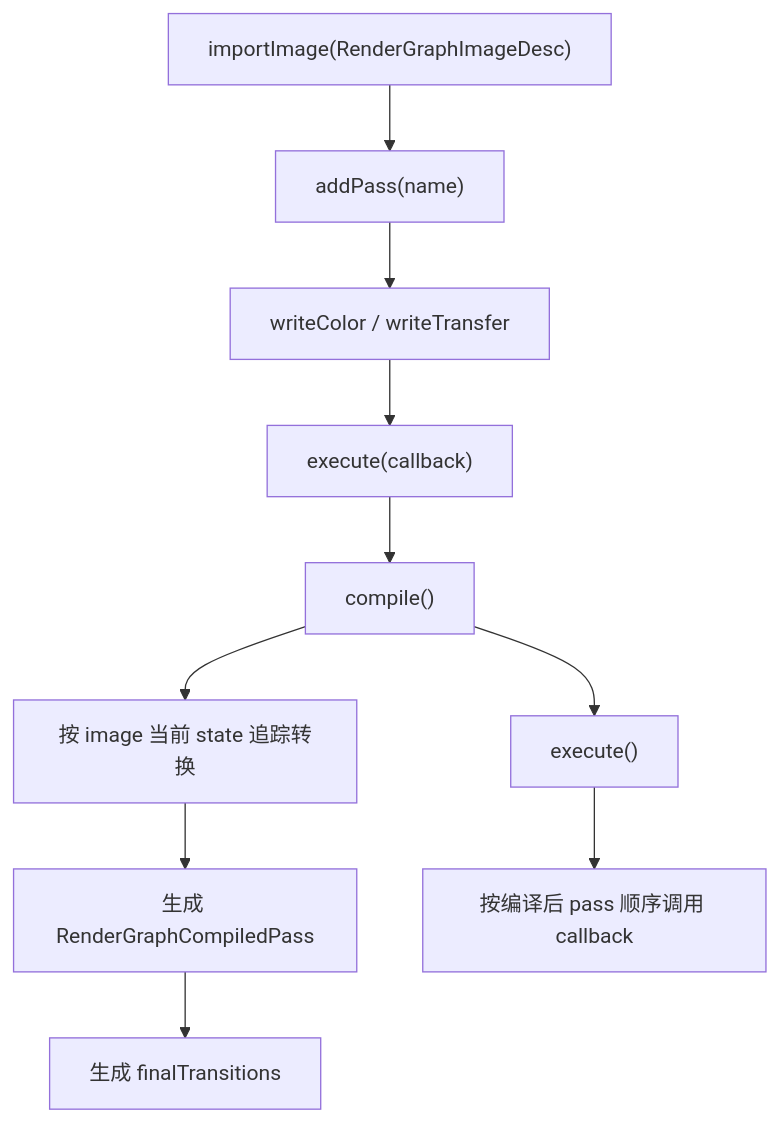
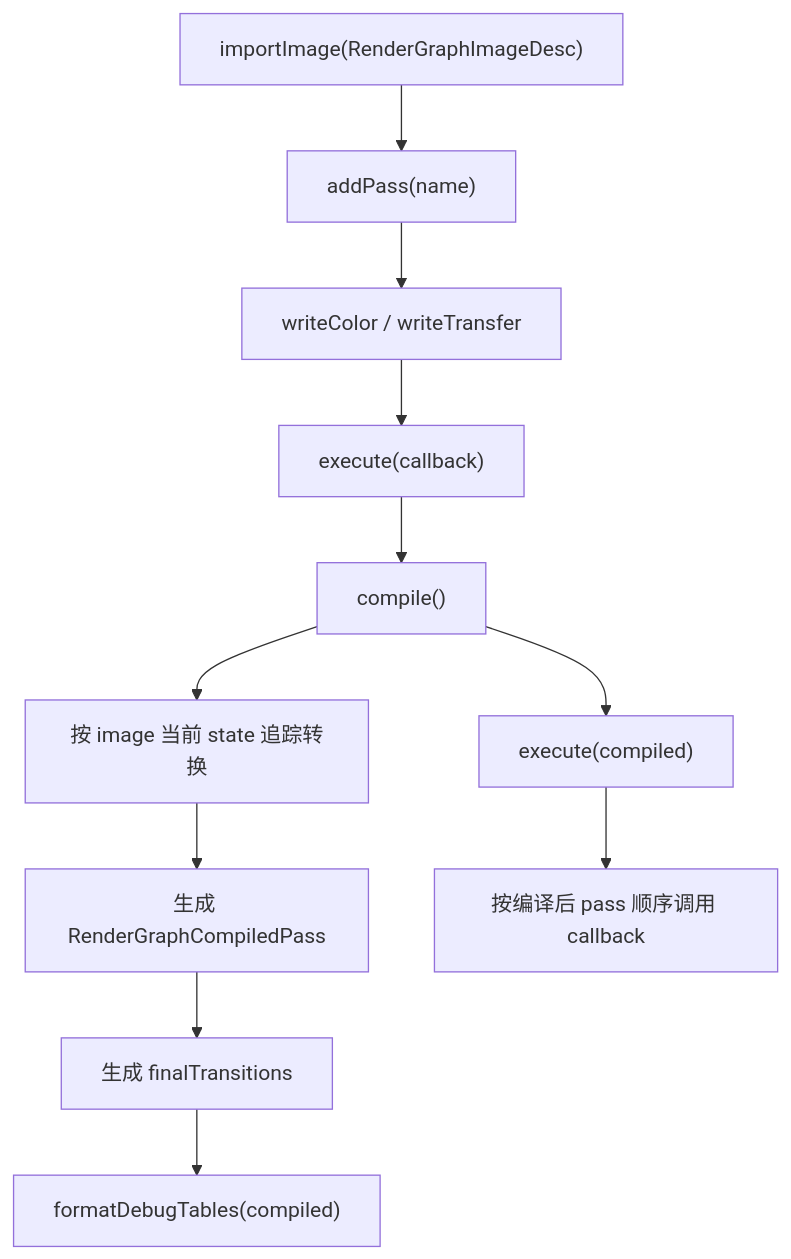
The fifth of 7 diagrams in docs/flow-architecture.md (66six11/Engine), drawn with Mermaid before and after one commit. The commit also changed other lines of this file and 4 other files, not shown here.

Commit message:
Add render graph debug tables

````diff
--- a/docs/flow-architecture.md
+++ b/docs/flow-architecture.md
@@ -138,17 +138,19 @@
 ```mermaid
 flowchart TD
     Import["importImage(RenderGraphImageDesc)"]
     AddPass["addPass(name)"]
     Writes["writeColor / writeTransfer"]
     Callback["execute(callback)"]
     Compile["compile()"]
     Track["按 image 当前 state 追踪转换"]
     PassPlan["生成 RenderGraphCompiledPass"]
     Final["生成 finalTransitions"]
-    Execute["execute()"]
+    DebugTables["formatDebugTables(compiled)"]
+    Execute["execute(compiled)"]
     Callbacks["按编译后 pass 顺序调用 callback"]
 
     Import --> AddPass --> Writes --> Callback
     Callback --> Compile --> Track --> PassPlan --> Final
+    Final --> DebugTables
     Compile --> Execute --> Callbacks
 ```
````
